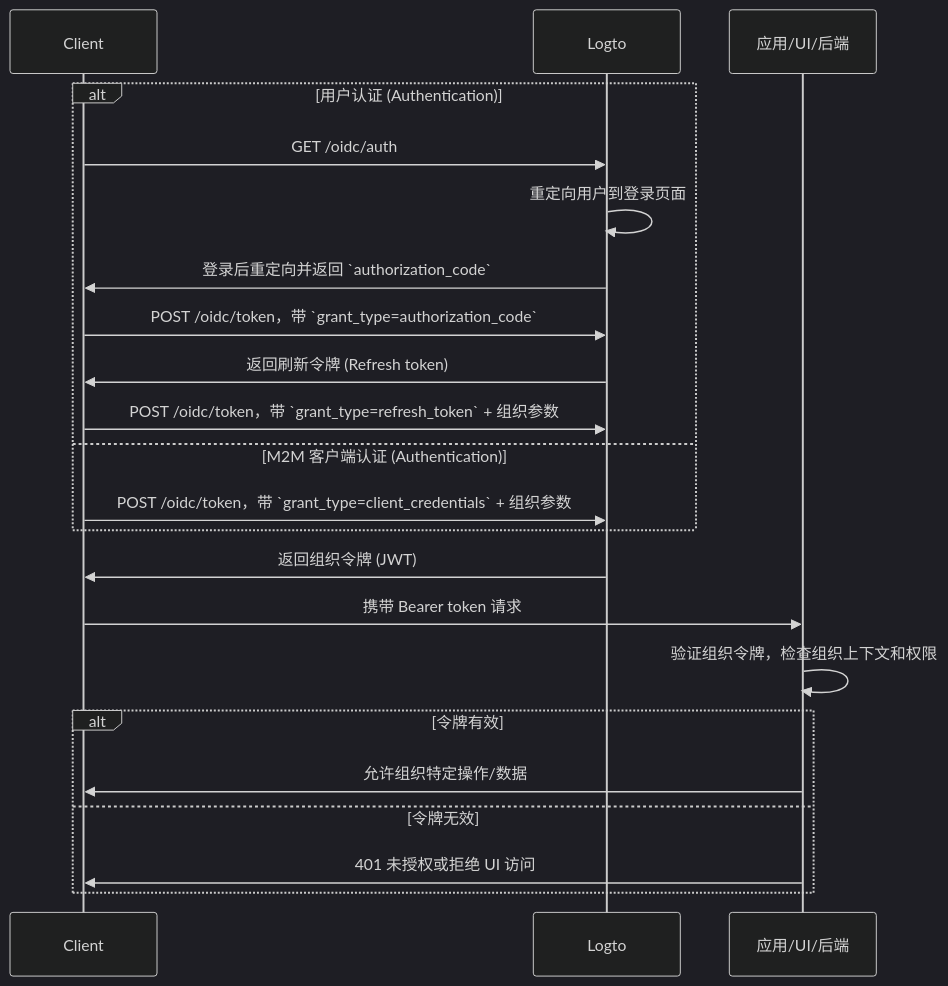
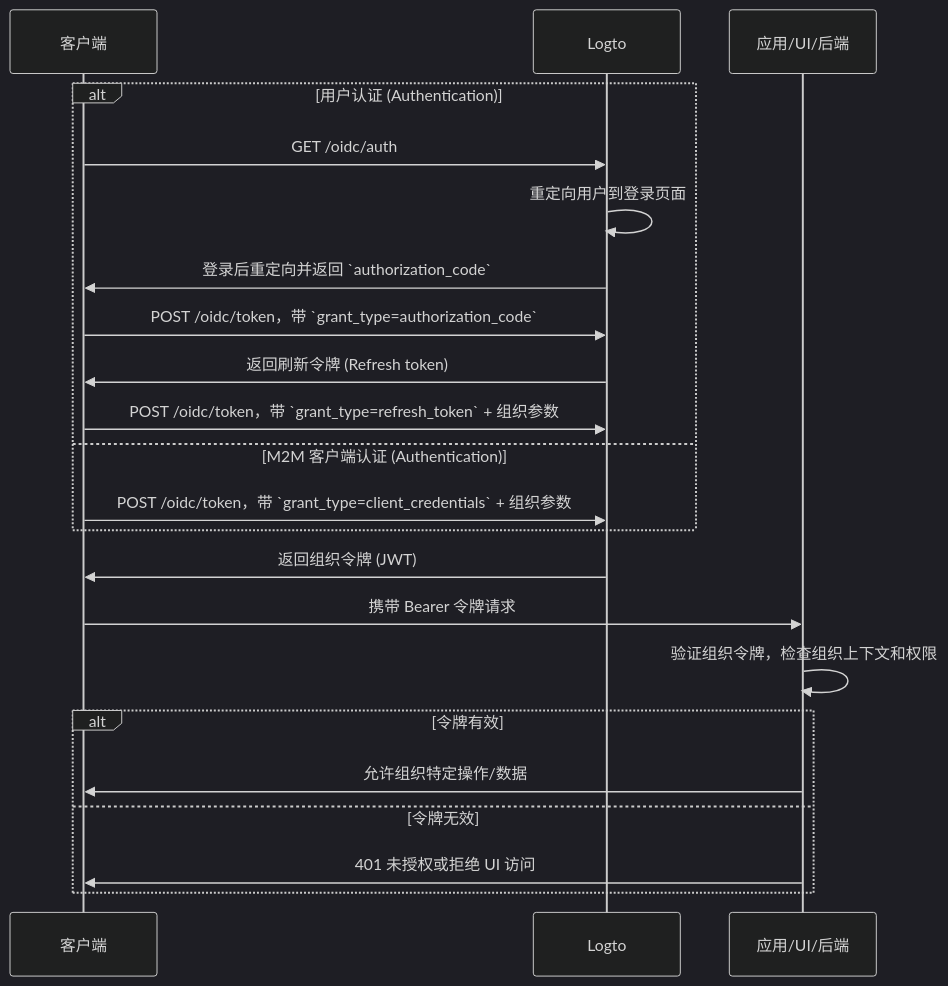
Before and after one commit to logto-io/docs: the diagram in i18n/zh-CN/docusaurus-plugin-content-docs/current/authorization/organization-permissions.mdx, drawn with Mermaid (dark theme). The commit also changed other lines of this file and 36 other files, not shown here.

````diff
--- a/i18n/zh-CN/docusaurus-plugin-content-docs/current/authorization/organization-permissions.mdx
+++ b/i18n/zh-CN/docusaurus-plugin-content-docs/current/authorization/organization-permissions.mdx
@@ -58,27 +59,27 @@
 ```mermaid
 sequenceDiagram
-    participant Client
+    participant Client as 客户端
     participant Logto
     participant App as 应用/UI/后端
 
     alt 用户认证 (Authentication)
         Client->>Logto: GET /oidc/auth
         Logto->>Logto: 重定向用户到登录页面
         Logto->>Client: 登录后重定向并返回 `authorization_code`
         Client->>Logto: POST /oidc/token，带 `grant_type=authorization_code`
         Logto->>Client: 返回刷新令牌 (Refresh token)
         Client->>Logto: POST /oidc/token，带 `grant_type=refresh_token` + 组织参数
     else M2M 客户端认证 (Authentication)
         Client->>Logto: POST /oidc/token，带 `grant_type=client_credentials` + 组织参数
     end
 
     Logto->>Client: 返回组织令牌 (JWT)
-    Client->>App: 携带 Bearer token 请求
+    Client->>App: 携带 Bearer 令牌请求
     App->>App: 验证组织令牌，检查组织上下文和权限
 
     alt 令牌有效
         App->>Client: 允许组织特定操作/数据
     else 令牌无效
         App->>Client: 401 未授权或拒绝 UI 访问
     end
 ```
````
